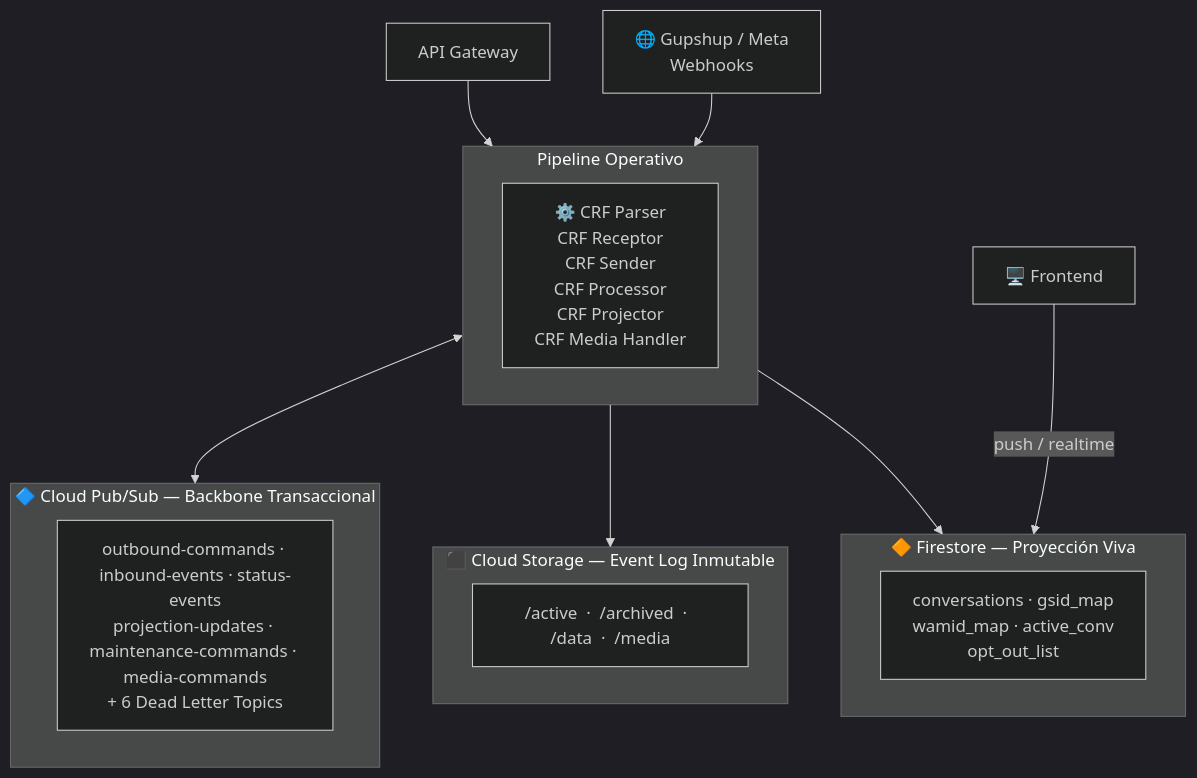
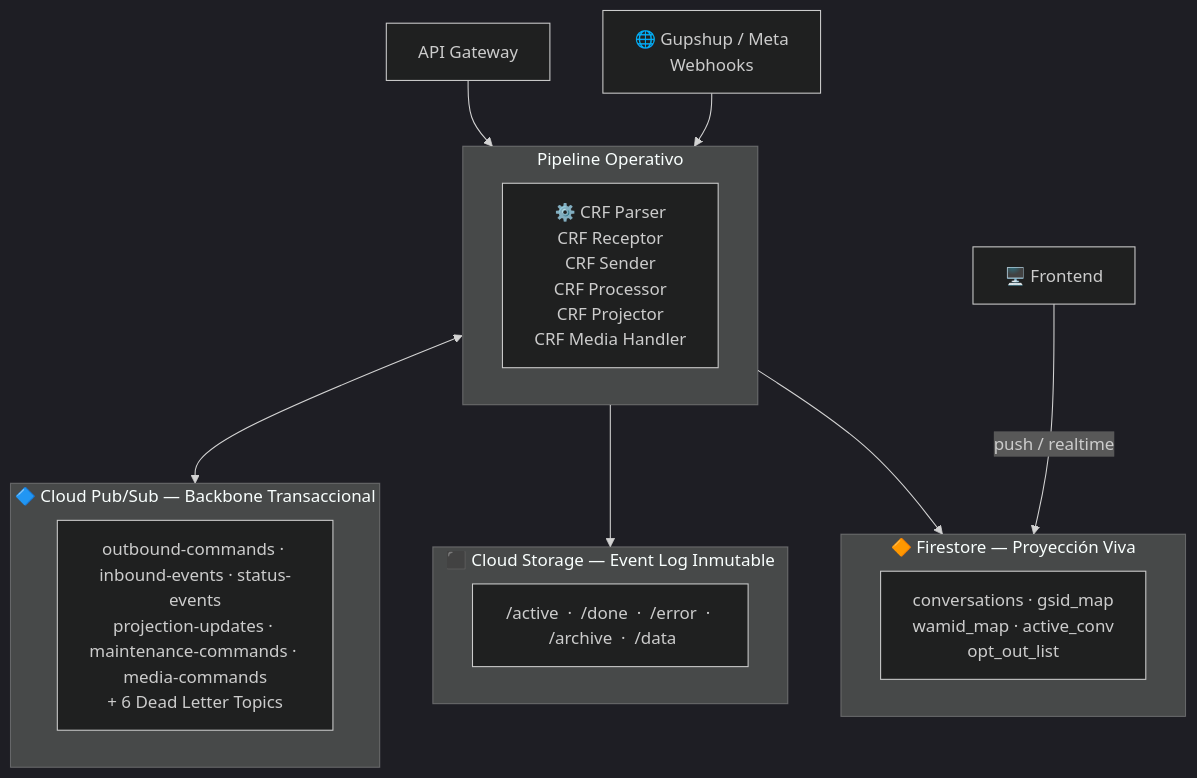
The first of 10 diagrams in vitesse_terraform_design.md (marioguaqueta/vitesse-message-pub-sub-service), drawn with Mermaid (dark theme) before and after one commit. The commit also changed other lines of this file, not shown here.

````diff
--- a/vitesse_terraform_design.md
+++ b/vitesse_terraform_design.md
@@ -48,30 +48,30 @@
 ```mermaid
 graph TB
     FE["🖥️ Frontend"]
     API["API Gateway"]
     EXT["🌐 Gupshup / Meta\nWebhooks"]
 
     subgraph PIPELINE["Pipeline Operativo"]
         direction LR
         P["⚙️ CRF Parser\nCRF Receptor\nCRF Sender\nCRF Processor\nCRF Projector\nCRF Media Handler"]
     end
 
     subgraph LAYER3["🔶 Firestore — Proyección Viva"]
         FS["conversations · gsid_map\nwamid_map · active_conv\nopt_out_list"]
     end
 
     subgraph LAYER2["🔷 Cloud Pub/Sub — Backbone Transaccional"]
         PS["outbound-commands · inbound-events · status-events\nprojection-updates · maintenance-commands · media-commands\n+ 6 Dead Letter Topics"]
     end
 
     subgraph LAYER1["⬛ Cloud Storage — Event Log Inmutable"]
-        GCS["/active  ·  /archived  ·  /data  ·  /media"]
+        GCS["/active  ·  /done  ·  /error  ·  /archive  ·  /data"]
     end
 
     API --> PIPELINE
     EXT --> PIPELINE
     PIPELINE <--> LAYER2
     PIPELINE --> LAYER1
     PIPELINE --> LAYER3
     FE -->|push / realtime| LAYER3
 ```
````
